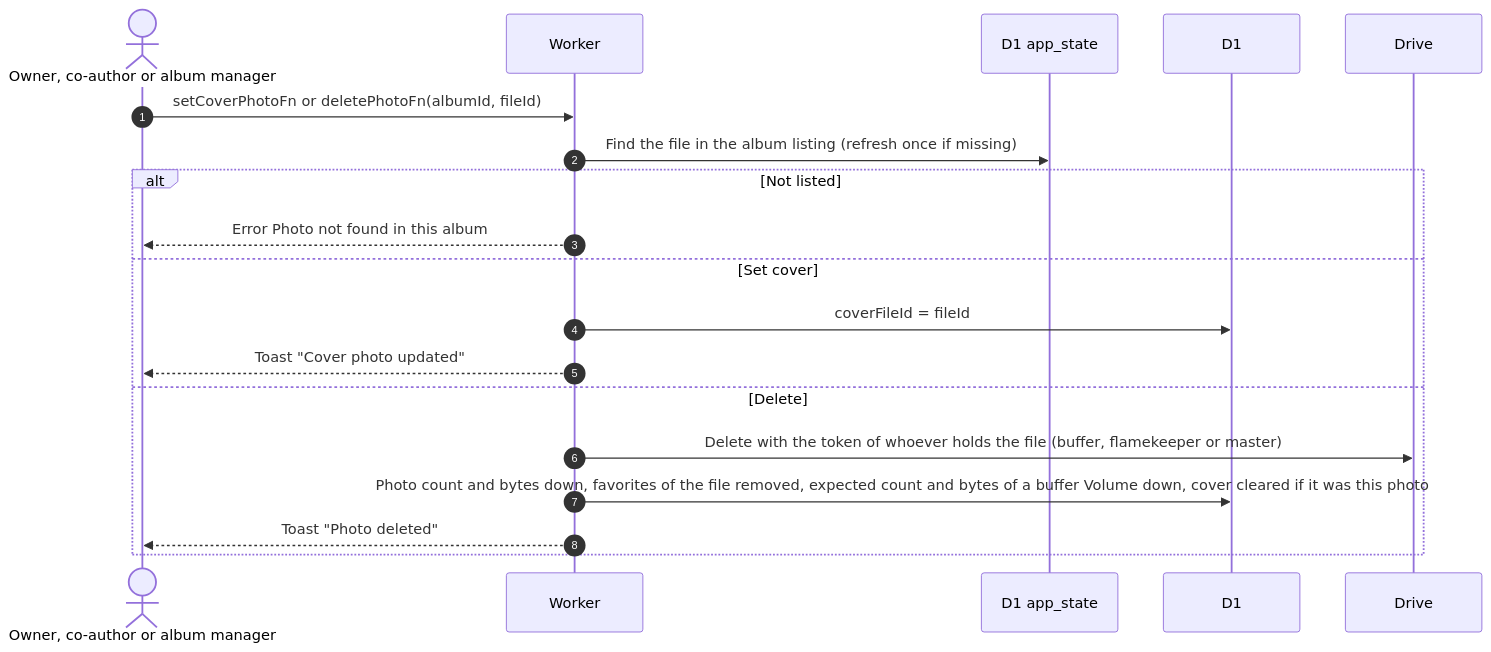
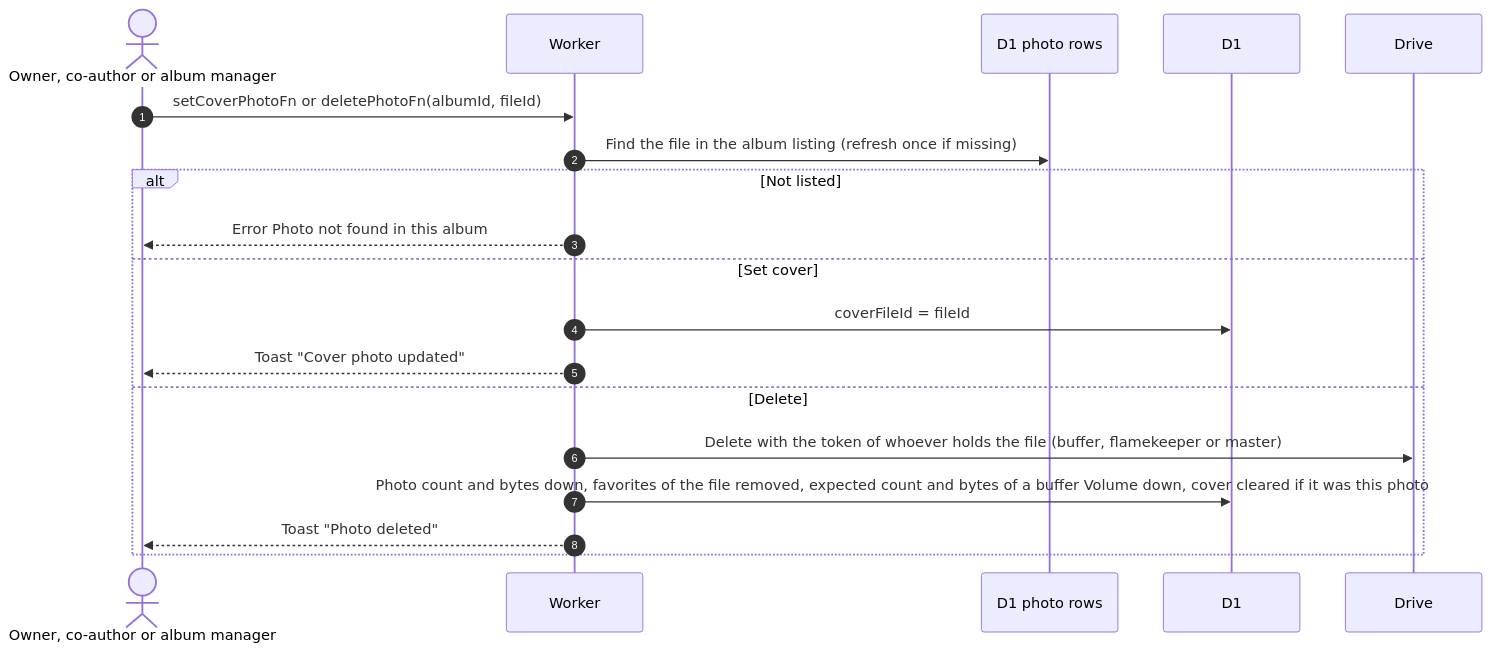
One commit to sagyzdop/meriksirat changed the first of 2 diagrams in docs/scenarios/member/albums/photos.md. Above: the diagram before and after it, drawn with Mermaid. The commit also changed 53 other files, not shown here.

````diff
--- a/docs/scenarios/member/albums/photos.md
+++ b/docs/scenarios/member/albums/photos.md
@@ -9,21 +9,21 @@
 ```mermaid
 sequenceDiagram
     autonumber
     actor M as Owner, co-author or album manager
     participant W as Worker
-    participant K as D1 app_state
+    participant K as D1 photo rows
     participant D as D1
     participant G as Drive
     M->>W: setCoverPhotoFn or deletePhotoFn(albumId, fileId)
     W->>K: Find the file in the album listing (refresh once if missing)
     alt Not listed
         W-->>M: Error Photo not found in this album
     else Set cover
         W->>D: coverFileId = fileId
         W-->>M: Toast "Cover photo updated"
     else Delete
         W->>G: Delete with the token of whoever holds the file (buffer, flamekeeper or master)
         W->>D: Photo count and bytes down, favorites of the file removed, expected count and bytes of a buffer Volume down, cover cleared if it was this photo
         W-->>M: Toast "Photo deleted"
     end
 ```
````
